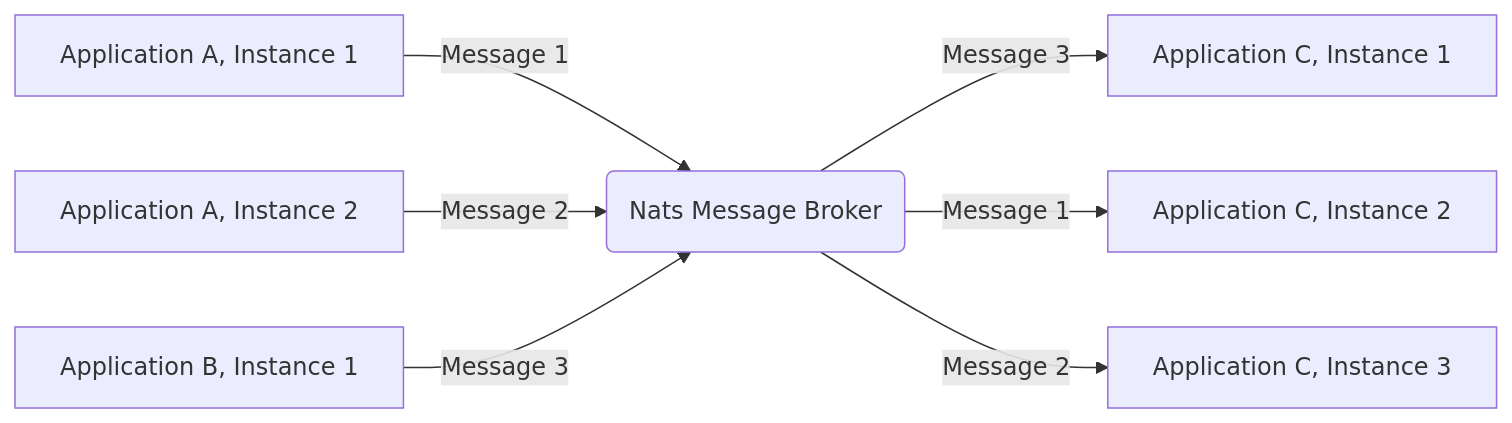
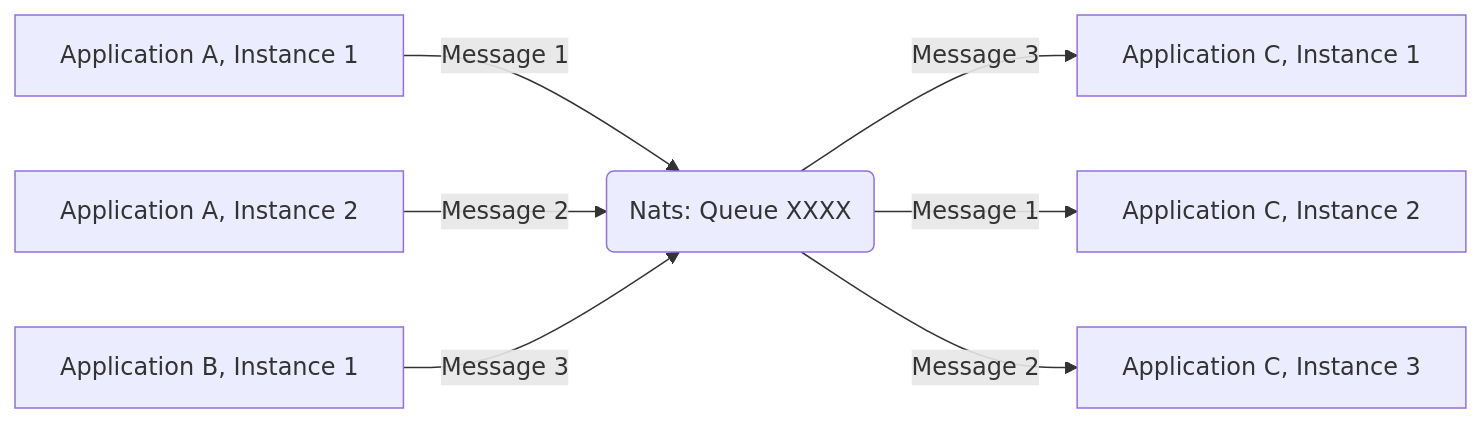
The first of 3 diagrams in README.md (Soontao/cds-nats), drawn with Mermaid before and after one commit. The commit also changed other lines of this file, not shown here.

Commit message:
feat: doc update

````diff
--- a/README.md
+++ b/README.md
@@ -37,13 +37,13 @@
 ```mermaid
 graph LR
 
 Producer_1[Application A, Instance 1] -->|Message 1| Nats
 Producer_2[Application A, Instance 2] -->|Message 2| Nats
 Producer_3[Application B, Instance 1] -->|Message 3| Nats
 
-Nats(Nats Message Broker)
+Nats(Nats: Queue XXXX)
 
 Nats -->|Message 3| Consumer_1[Application C, Instance 1]
 Nats -->|Message 1| Consumer_2[Application C, Instance 2]
 Nats -->|Message 2| Consumer_3[Application C, Instance 3]
 ```
````
